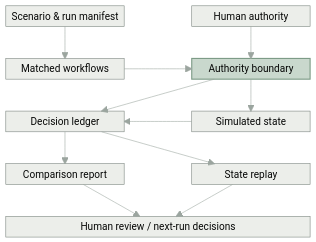
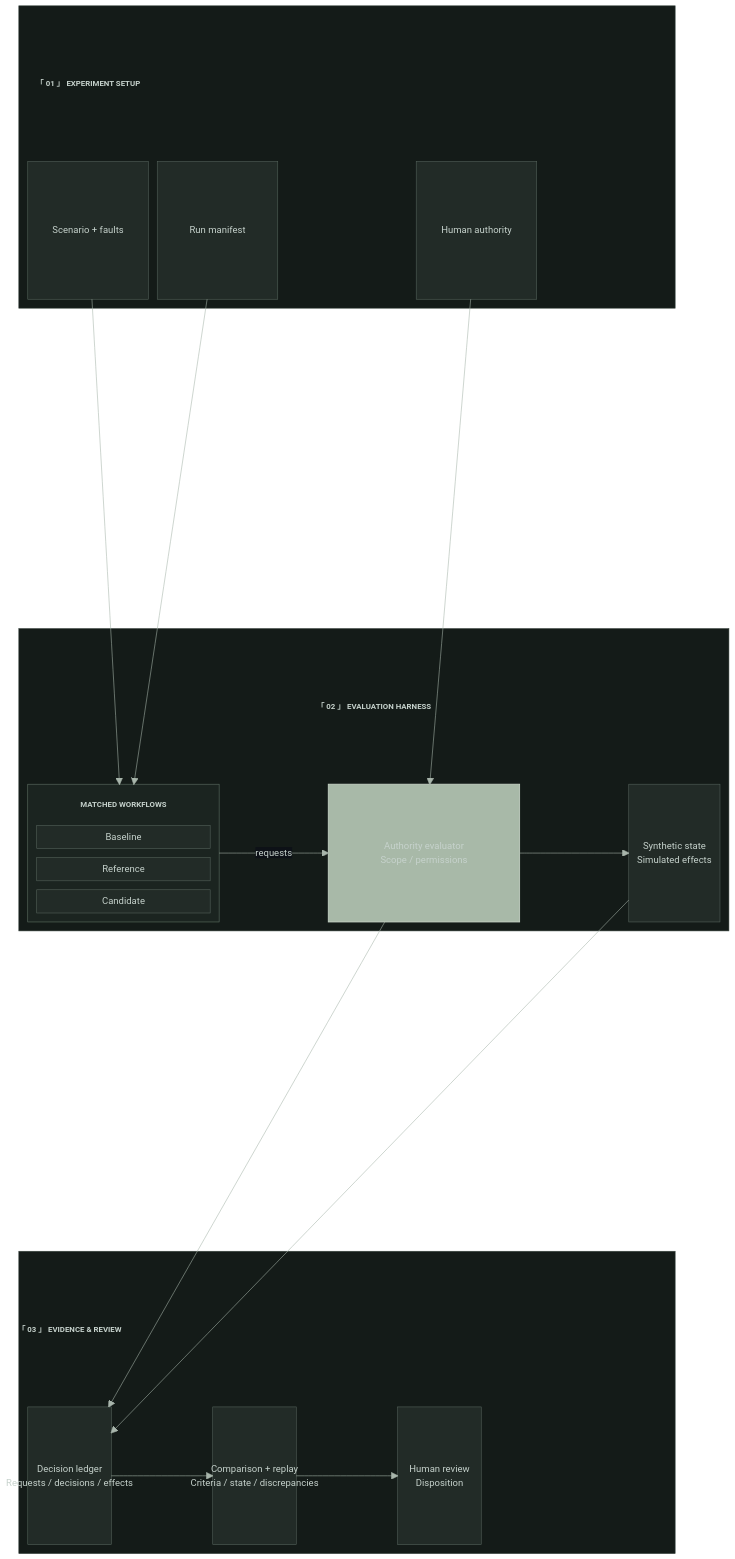
Before and after one commit to endrhq/.github: the diagram in profile/README.md, drawn with Mermaid. The commit also changed other lines of this file and 1 other file, not shown here.

Commit message:
Rebuild Mermaid map around the evaluation architecture

````diff
--- a/profile/README.md
+++ b/profile/README.md
@@ -19,28 +19,55 @@
 ```mermaid
-%%{init: {"theme":"base","themeVariables":{"fontFamily":"Arial, Helvetica, sans-serif","fontSize":"18px","primaryColor":"#eceeea","primaryTextColor":"#202824","primaryBorderColor":"#77817b","lineColor":"#9ba59f","edgeLabelBackground":"#0d1117"},"block":{"padding":10}}}%%
+%%{init: {"theme":"base","themeVariables":{"fontFamily":"Arial, Helvetica, sans-serif","fontSize":"17px","primaryColor":"#222b27","primaryTextColor":"#eeeee7","primaryBorderColor":"#55635b","lineColor":"#a8b5ab","edgeLabelBackground":"#0d1117"},"block":{"padding":16}}}%%
 block-beta
-    columns 5
-    CONFIG["Scenario & run manifest"]:2 space AUTHORITY["Human authority"]:2
-    space:5
-    RUNS["Matched workflows"]:2 space BOUNDARY["Authority boundary"]:2
-    space:5
-    LEDGER["Decision ledger"]:2 space STATE["Simulated state"]:2
-    space:5
-    REPORT["Comparison report"]:2 space REPLAY["State replay"]:2
-    space:5
-    REVIEW["Human review / next-run decisions"]:5
+    columns 1
+    block:SETUP
+        columns 5
+        SETUP_TITLE["「 01 」 EXPERIMENT SETUP"]:5
+        SCENARIO["Scenario + faults"] MANIFEST["Run manifest"] space AUTHORITY["Human authority"]:2
+    end
+    space
+    block:HARNESS
+        columns 7
+        HARNESS_TITLE["「 02 」 EVALUATION HARNESS"]:7
+        block:WORKFLOWS:2
+            columns 1
+            WF_TITLE["MATCHED WORKFLOWS"]
+            BASELINE["Baseline"]
+            REFERENCE["Reference"]
+            CANDIDATE["Candidate"]
+        end
+        space
+        EVALUATOR["Authority evaluator<br/>Scope / permissions"]:2
+        space
+        STATE["Synthetic state<br/>Simulated effects"]
+    end
+    space
+    block:EVIDENCE
+        columns 7
+        EVIDENCE_TITLE["「 03 」 EVIDENCE & REVIEW"]:7
+        LEDGER["Decision ledger<br/>Requests / decisions / effects"]:2
+        space
+        ANALYSIS["Comparison + replay<br/>Criteria / state / discrepancies"]:2
+        space
+        REVIEW["Human review<br/>Disposition"]
+    end
 
-    CONFIG --> RUNS
-    AUTHORITY --> BOUNDARY
-    RUNS --> BOUNDARY
-    BOUNDARY --> STATE
-    BOUNDARY --> LEDGER
+    SCENARIO --> WORKFLOWS
+    MANIFEST --> WORKFLOWS
+    AUTHORITY --> EVALUATOR
+    WORKFLOWS -- "requests" --> EVALUATOR
+    EVALUATOR --> STATE
+    EVALUATOR --> LEDGER
     STATE --> LEDGER
-    LEDGER --> REPORT
-    LEDGER --> REPLAY
-    REPORT --> REVIEW
-    REPLAY --> REVIEW
+    LEDGER --> ANALYSIS
+    ANALYSIS --> REVIEW
 
-    classDef boundary fill:#c9d8cd,stroke:#7d9b87,stroke-width:2px,color:#18271e
-    class BOUNDARY boundary
+    classDef layer fill:#141b18,stroke:#3b4740,stroke-width:1px
+    classDef heading fill:transparent,stroke:transparent,color:#b8c7bb,font-size:14px,font-weight:600
+    classDef boundary fill:#a8b9a8,stroke:#c8d5c7,color:#18221b,stroke-width:1.5px
+    classDef workflows fill:#1b2420,stroke:#627467
+    class SETUP,HARNESS,EVIDENCE layer
+    class SETUP_TITLE,HARNESS_TITLE,EVIDENCE_TITLE,WF_TITLE heading
+    class EVALUATOR boundary
+    class WORKFLOWS workflows
 ```
````
